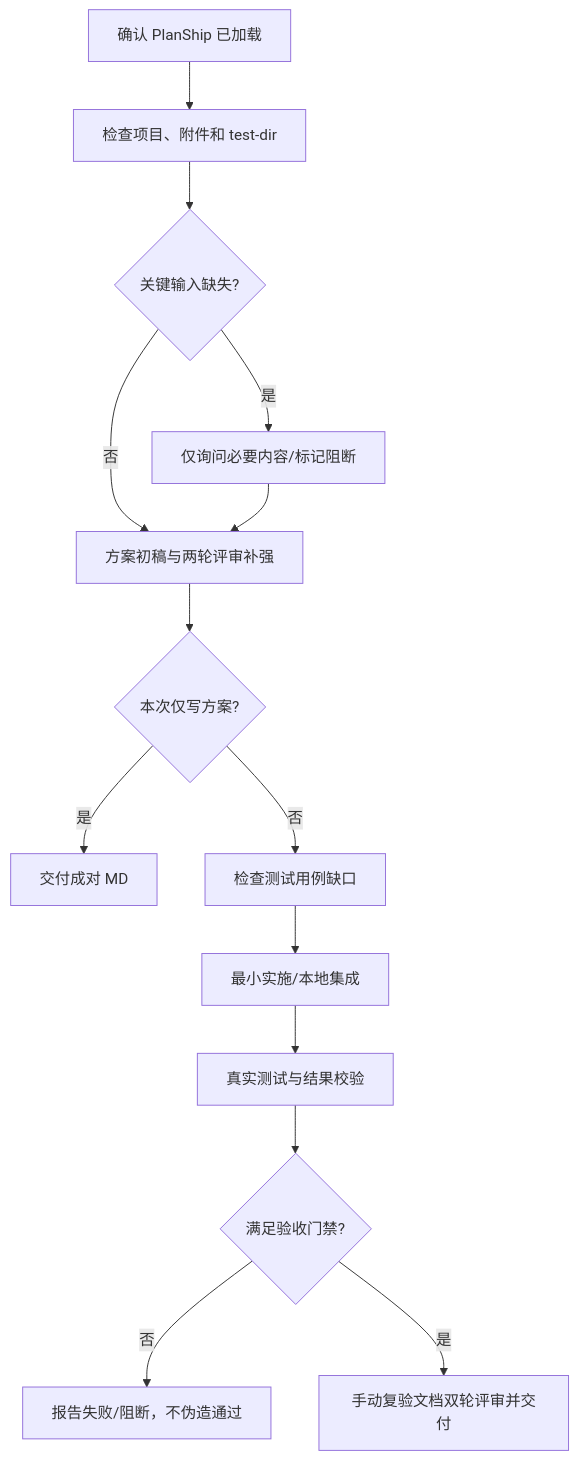
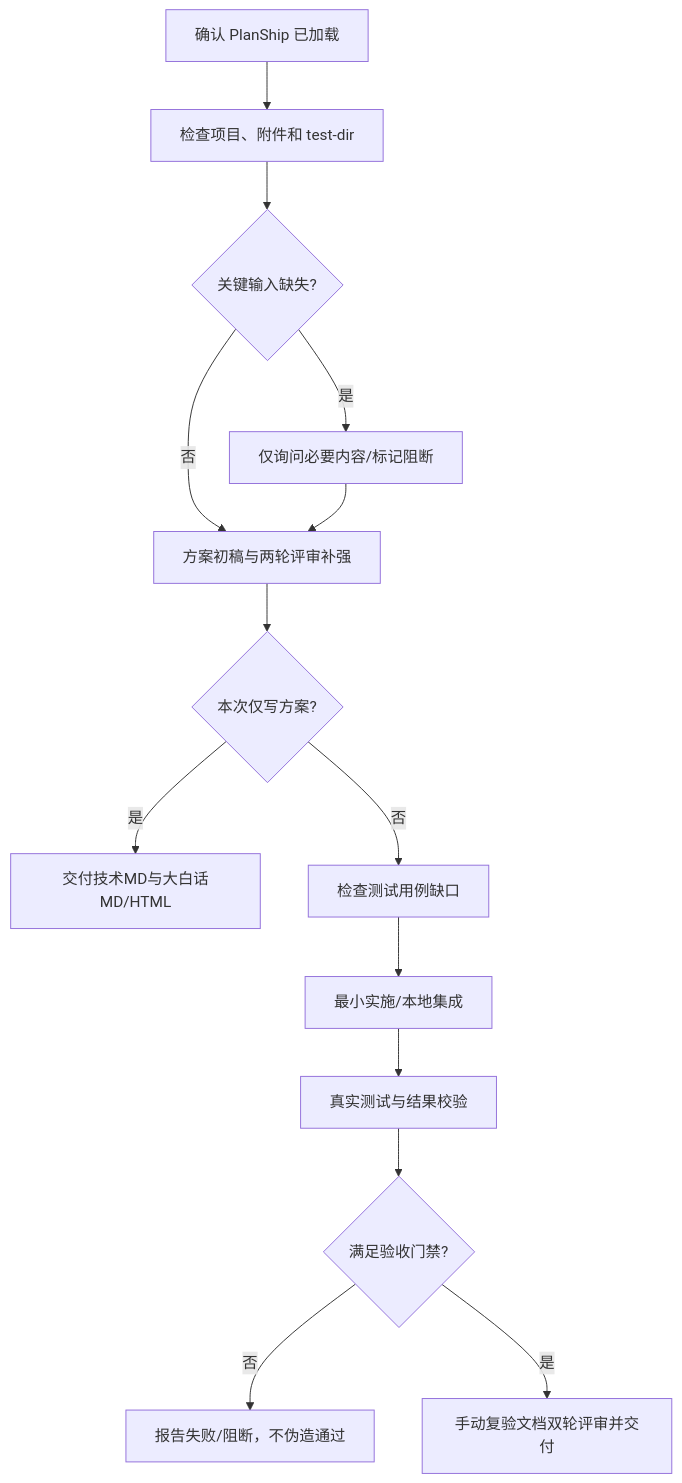
The diagram in README.zh-CN.md (yeqiana/plan-ship), drawn with Mermaid before and after one commit. The commit also changed other lines of this file and 15 other files, not shown here.

````diff
--- a/README.zh-CN.md
+++ b/README.zh-CN.md
@@ -88,16 +88,16 @@
 ```mermaid
 flowchart TD
     A[确认 PlanShip 已加载] --> B[检查项目、附件和 test-dir]
     B --> C{关键输入缺失?}
     C -- 是 --> D[仅询问必要内容/标记阻断]
     C -- 否 --> E[方案初稿与两轮评审补强]
     D --> E
     E --> F{本次仅写方案?}
-    F -- 是 --> G[交付成对 MD]
+    F -- 是 --> G[交付技术MD与大白话MD/HTML]
     F -- 否 --> H[检查测试用例缺口]
     H --> I[最小实施/本地集成]
     I --> J[真实测试与结果校验]
     J --> K{满足验收门禁?}
     K -- 否 --> L[报告失败/阻断，不伪造通过]
     K -- 是 --> M[手动复验文档双轮评审并交付]
 ```
````
